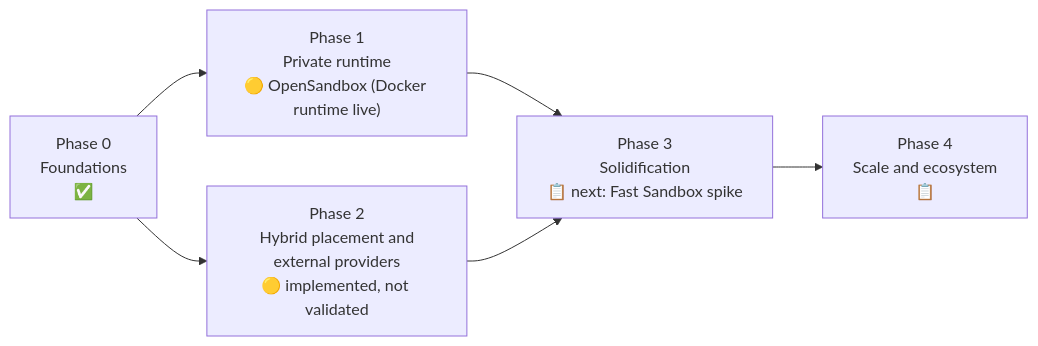
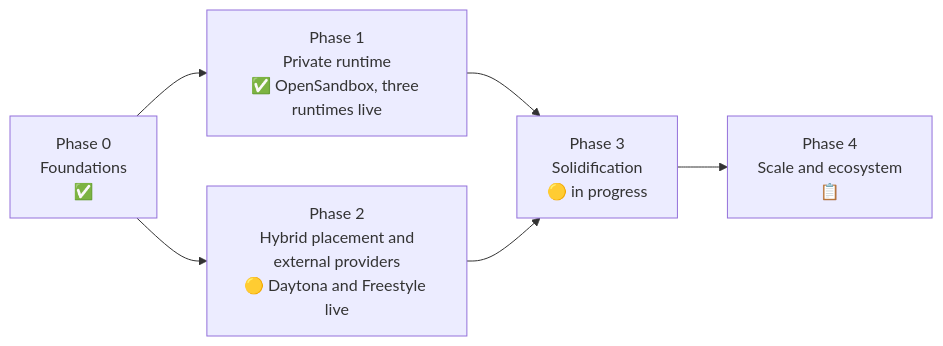
One commit to different-ai/differently changed the diagram in docs/roadmap.md. Above: the diagram before and after it, drawn with Mermaid. The commit also changed other lines of this file and 185 other files, not shown here.

````diff
--- a/docs/roadmap.md
+++ b/docs/roadmap.md
@@ -12,8 +12,8 @@
 ```mermaid
 flowchart LR
-  P0["Phase 0<br/>Foundations<br/>✅"] --> P1["Phase 1<br/>Private runtime<br/>🟡 OpenSandbox (Docker runtime live)"]
-  P0 --> P2["Phase 2<br/>Hybrid placement and<br/>external providers<br/>🟡 implemented, not validated"]
-  P1 --> P3["Phase 3<br/>Solidification<br/>📋 next: Fast Sandbox spike"]
+  P0["Phase 0<br/>Foundations<br/>✅"] --> P1["Phase 1<br/>Private runtime<br/>✅ OpenSandbox, three runtimes live"]
+  P0 --> P2["Phase 2<br/>Hybrid placement and<br/>external providers<br/>🟡 Daytona and Freestyle live"]
+  P1 --> P3["Phase 3<br/>Solidification<br/>🟡 in progress"]
   P2 --> P3
   P3 --> P4["Phase 4<br/>Scale and ecosystem<br/>📋"]
 ```
````
